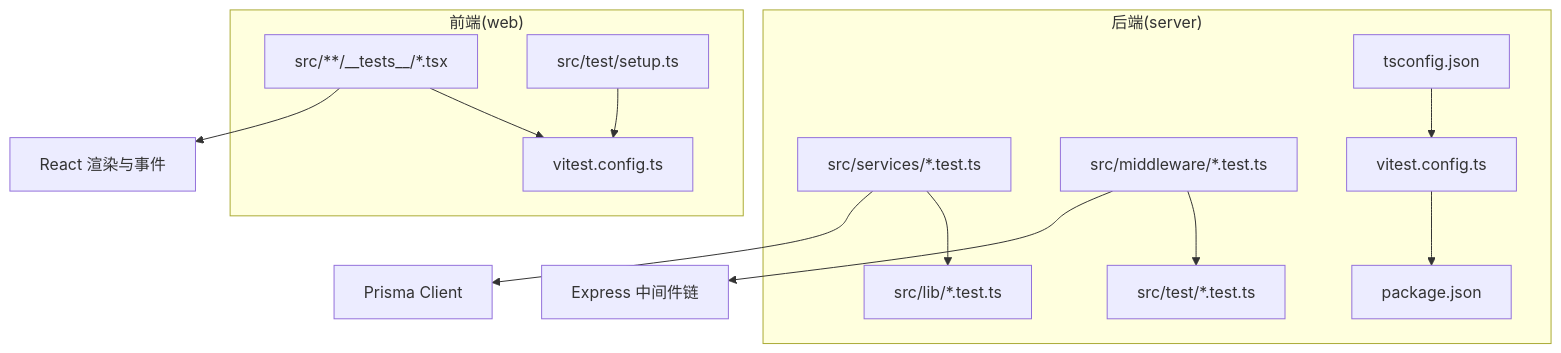
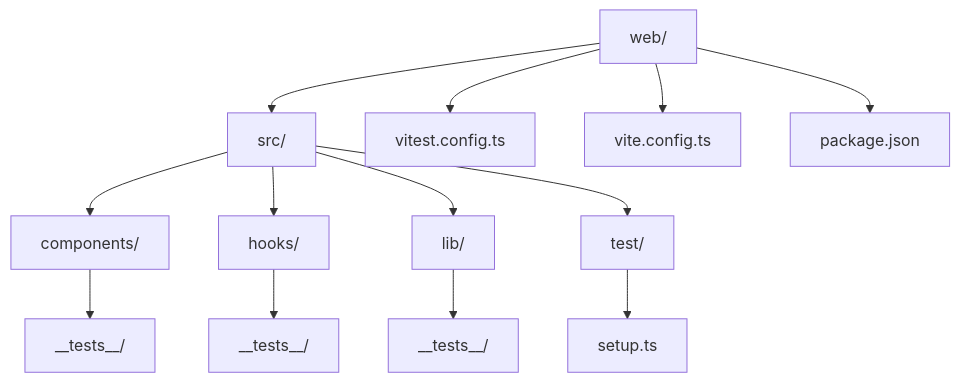
One commit to Damao997/newproject changed the first of 3 diagrams in .qoder/repowiki/zh/content/测试策略/单元测试.md. Above: the diagram before and after it, drawn with Mermaid. The commit also changed other lines of this file and 391 other files, not shown here.

````diff
--- a/.qoder/repowiki/zh/content/测试策略/单元测试.md
+++ b/.qoder/repowiki/zh/content/测试策略/单元测试.md
@@ -75,16 +40,15 @@
 ```mermaid
 graph TB
-subgraph "后端(server)"
-A["src/services/*.test.ts"] --> B["src/lib/*.test.ts"]
-C["src/middleware/*.test.ts"] --> D["src/test/*.test.ts"]
-E["vitest.config.ts"] --> F["package.json"]
-G["tsconfig.json"] --> E
-end
-subgraph "前端(web)"
-H["src/**/__tests__/*.tsx"] --> I["vitest.config.ts"]
-J["src/test/setup.ts"] --> I
-end
-A --> K["Prisma Client"]
-C --> L["Express 中间件链"]
-H --> M["React 渲染与事件"]
+A["web/"] --> B["src/"]
+B --> C["components/"]
+B --> D["hooks/"]
+B --> E["lib/"]
+B --> F["test/"]
+C --> G["__tests__/"]
+D --> H["__tests__/"]
+E --> I["__tests__/"]
+A --> J["vitest.config.ts"]
+A --> K["vite.config.ts"]
+A --> L["package.json"]
+F --> M["setup.ts"]
 ```
````
